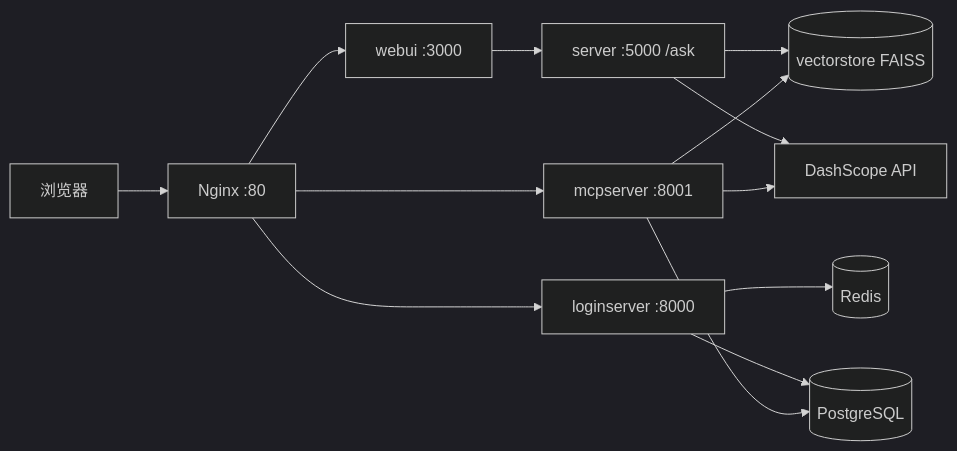
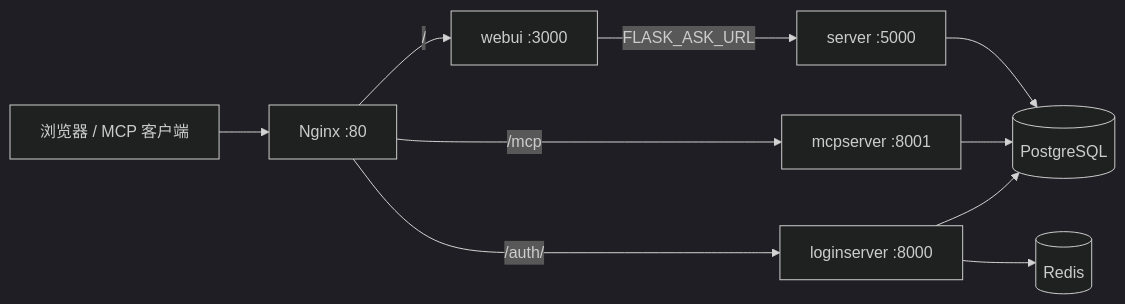
Before and after one commit to vip001/LLM: the diagram in README.md, drawn with Mermaid (dark theme). The commit also changed other lines of this file and 14 other files, not shown here.

````diff
--- a/README.md
+++ b/README.md
@@ -53,15 +19,21 @@
 ```mermaid
 flowchart LR
-  Browser[浏览器] --> Nginx[Nginx :80]
-  Nginx --> WebUI[webui :3000]
-  Nginx --> Login[loginserver :8000]
-  Nginx --> MCP[mcpserver :8001]
-  WebUI --> Server[server :5000 /ask]
-  Login --> Redis[(Redis)]
-  Login --> PG[(PostgreSQL)]
+  Browser[浏览器 / MCP 客户端]
+  Nginx[Nginx :80]
+  WebUI[webui :3000]
+  Login[loginserver :8000]
+  MCP[mcpserver :8001]
+  Flask[server :5000]
+  PG[(PostgreSQL)]
+  Redis[(Redis)]
+
+  Browser --> Nginx
+  Nginx -->|"/"| WebUI
+  Nginx -->|"/auth/"| Login
+  Nginx -->|"/mcp"| MCP
+  WebUI -->|FLASK_ASK_URL| Flask
+  Login --> PG
+  Login --> Redis
   MCP --> PG
-  Server --> VS[(vectorstore FAISS)]
-  MCP --> VS
-  Server --> DashScope[DashScope API]
-  MCP --> DashScope
+  Flask --> PG
 ```
````
